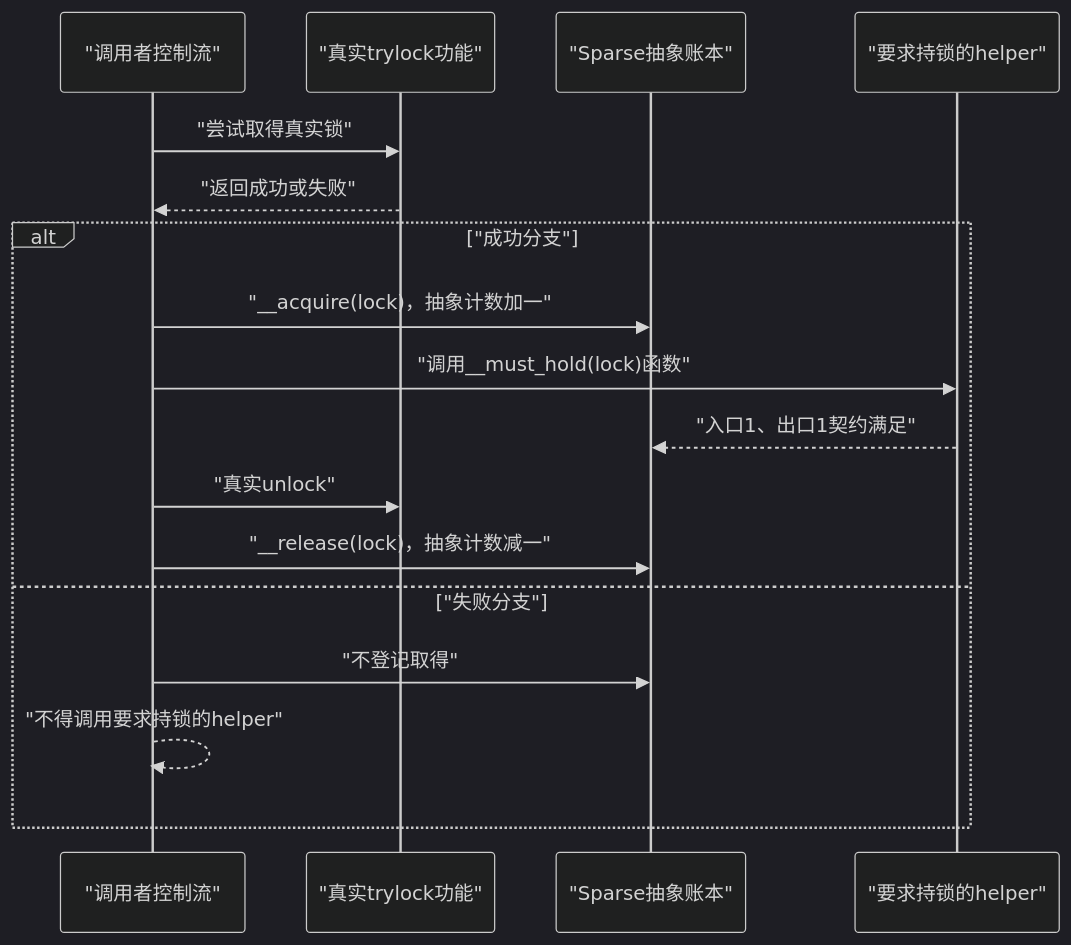
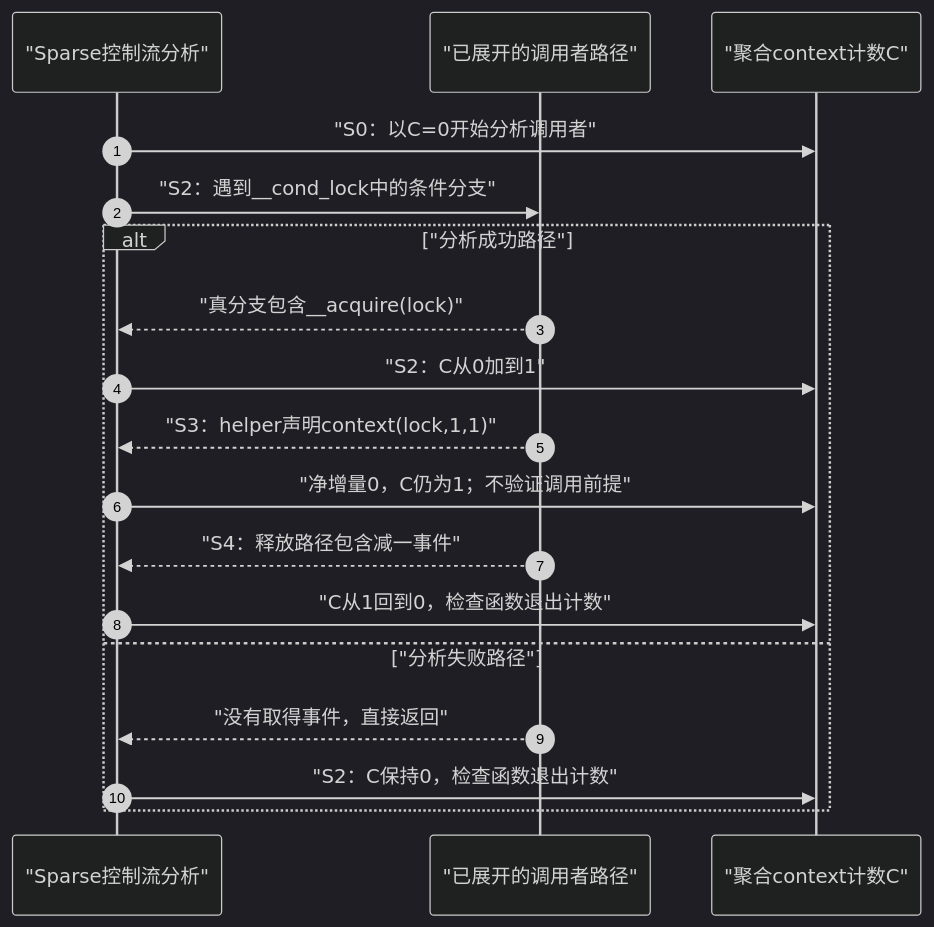
One commit to FormingSystem/linux_note changed the second of 2 diagrams in knowledge/foundations/c_language/kernel_static_annotations/P04_Sparse上下文与控制流记账.md. Above: the diagram before and after it, drawn with Mermaid (dark theme). The commit also changed other lines of this file and 20 other files, not shown here.

````diff
--- a/knowledge/foundations/c_language/kernel_static_annotations/P04_Sparse上下文与控制流记账.md
+++ b/knowledge/foundations/c_language/kernel_static_annotations/P04_Sparse上下文与控制流记账.md
@@ -338,20 +377,20 @@
 ```mermaid
 sequenceDiagram
-    participant C as "调用者控制流"
-    participant F as "真实trylock功能"
-    participant S as "Sparse抽象账本"
-    participant H as "要求持锁的helper"
-
-    C->>F: "尝试取得真实锁"
-    F-->>C: "返回成功或失败"
-    alt "成功分支"
-        C->>S: "__acquire(lock)，抽象计数加一"
-        C->>H: "调用__must_hold(lock)函数"
-        H-->>S: "入口1、出口1契约满足"
-        C->>F: "真实unlock"
-        C->>S: "__release(lock)，抽象计数减一"
-    else "失败分支"
-        C->>S: "不登记取得"
-        C-->>C: "不得调用要求持锁的helper"
+    autonumber
+    participant A as "Sparse控制流分析"
+    participant T as "已展开的调用者路径"
+    participant S as "聚合context计数C"
+    A->>S: "S0：以C=0开始分析调用者"
+    A->>T: "S2：遇到__cond_lock中的条件分支"
+    alt "分析成功路径"
+        T-->>A: "真分支包含__acquire(lock)"
+        A->>S: "S2：C从0加到1"
+        T-->>A: "S3：helper声明context(lock,1,1)"
+        A->>S: "净增量0，C仍为1；不验证调用前提"
+        T-->>A: "S4：释放路径包含减一事件"
+        A->>S: "C从1回到0，检查函数退出计数"
+    else "分析失败路径"
+        T-->>A: "没有取得事件，直接返回"
+        A->>S: "S2：C保持0，检查函数退出计数"
     end
 ```
````
